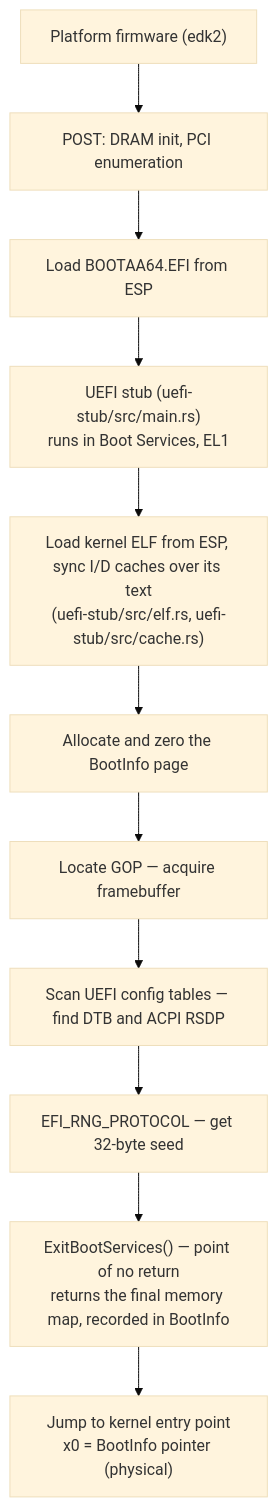
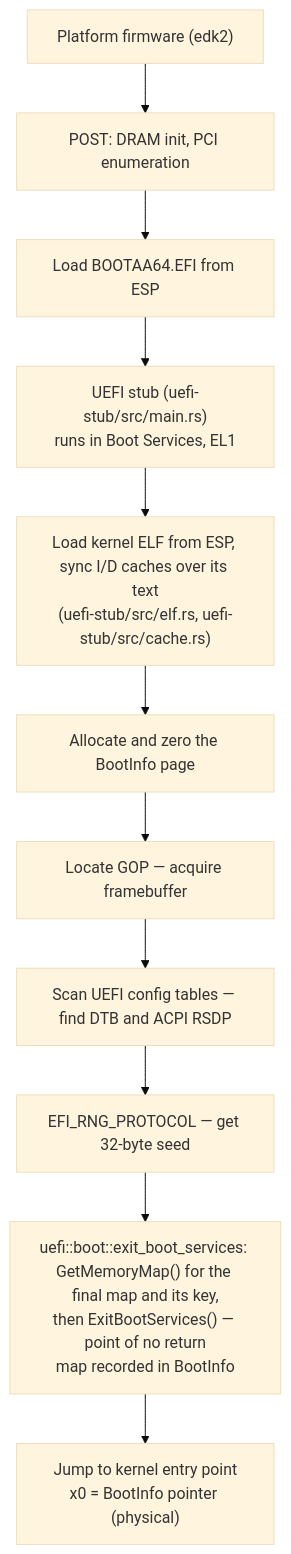
The first of 4 diagrams in docs/platform/bsp/firmware.md (juslee/aios), drawn with Mermaid (base theme) before and after one commit. The commit also changed other lines of this file and 1 other file, not shown here.

First line of the commit message:
Audit round 5: fix stub memory map source and unset BootInfo fields

````diff
--- a/docs/platform/bsp/firmware.md
+++ b/docs/platform/bsp/firmware.md
@@ -28,13 +28,13 @@
 ```mermaid
 flowchart TD
     FW["Platform firmware (edk2)"] --> POST["POST: DRAM init, PCI enumeration"]
     POST --> ESP_LOAD["Load BOOTAA64.EFI from ESP"]
     ESP_LOAD --> STUB["UEFI stub (uefi-stub/src/main.rs)<br/>runs in Boot Services, EL1"]
     STUB --> ELF["Load kernel ELF from ESP, sync I/D caches over its text<br/>(uefi-stub/src/elf.rs, uefi-stub/src/cache.rs)"]
     ELF --> BI["Allocate and zero the BootInfo page"]
     BI --> GOP["Locate GOP — acquire framebuffer"]
     GOP --> CFG["Scan UEFI config tables — find DTB and ACPI RSDP"]
     CFG --> RNG["EFI_RNG_PROTOCOL — get 32-byte seed"]
-    RNG --> EBS["ExitBootServices() — point of no return<br/>returns the final memory map, recorded in BootInfo"]
+    RNG --> EBS["uefi::boot::exit_boot_services: GetMemoryMap() for the final map and its key,<br/>then ExitBootServices() — point of no return<br/>map recorded in BootInfo"]
     EBS --> JUMP["Jump to kernel entry point<br/>x0 = BootInfo pointer (physical)"]
 ```
````
